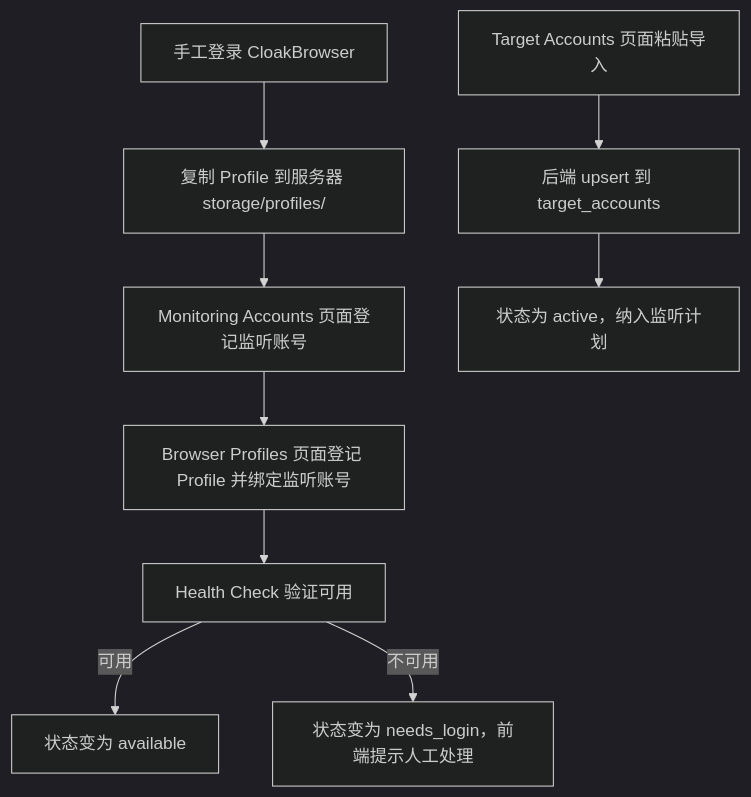
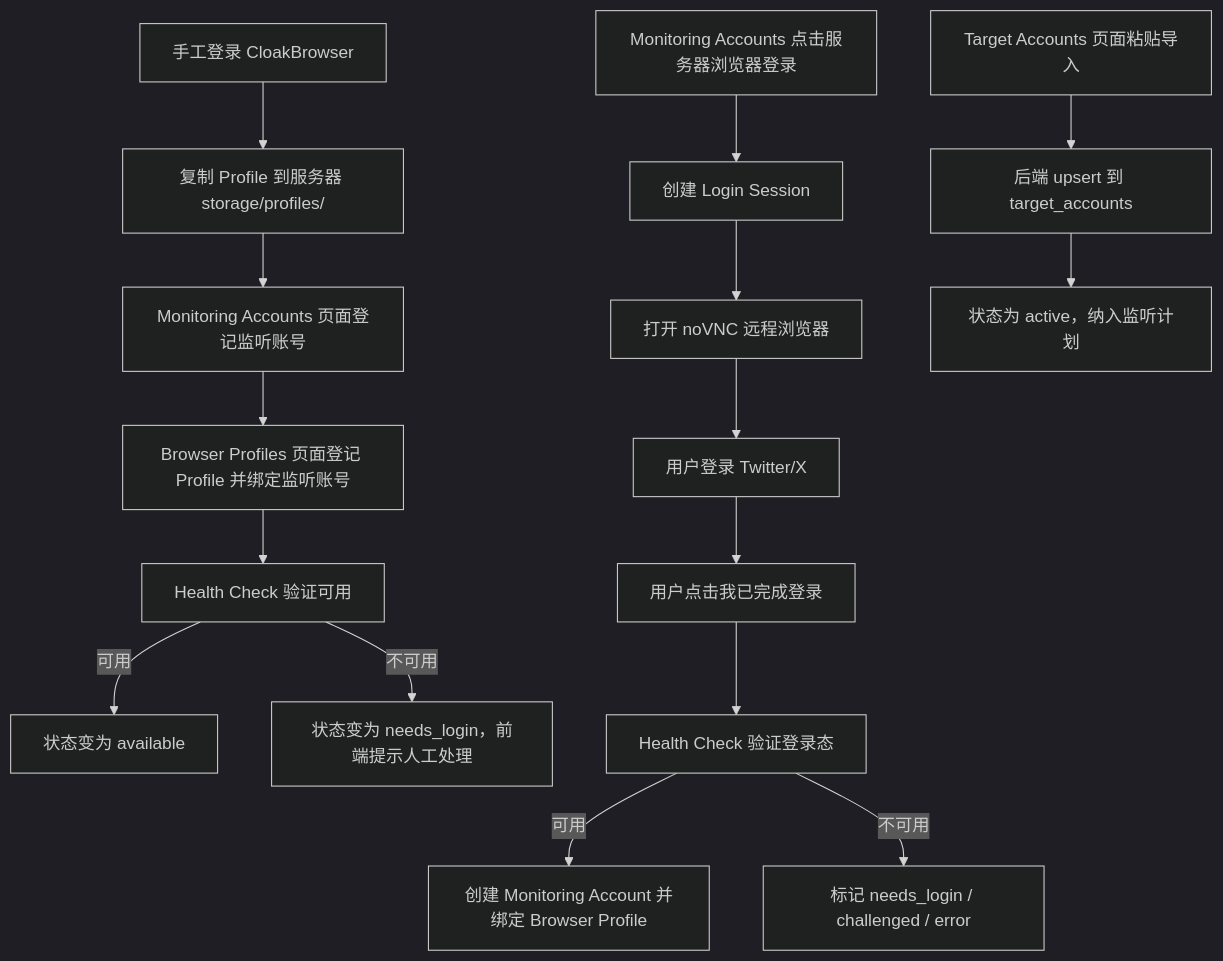
The third of 5 diagrams in docs/architecture.md (Guranta/ganksnews), drawn with Mermaid (dark theme) before and after one commit. The commit also changed other lines of this file and 4 other files, not shown here.

Commit message:
docs: add novnc login session plan

````diff
--- a/docs/architecture.md
+++ b/docs/architecture.md
@@ -90,12 +104,20 @@
 ```mermaid
 flowchart TD
     Manual[手工登录 CloakBrowser] --> Copy[复制 Profile 到服务器 storage/profiles/]
     Copy --> Register[Monitoring Accounts 页面登记监听账号]
     Register --> Bind[Browser Profiles 页面登记 Profile 并绑定监听账号]
     Bind --> HealthCheck[Health Check 验证可用]
     HealthCheck -->|可用| Available[状态变为 available]
     HealthCheck -->|不可用| NeedsLogin[状态变为 needs_login，前端提示人工处理]
 
+    WebLogin[Monitoring Accounts 点击服务器浏览器登录] --> CreateSession[创建 Login Session]
+    CreateSession --> RemoteBrowser[打开 noVNC 远程浏览器]
+    RemoteBrowser --> LoginX[用户登录 Twitter/X]
+    LoginX --> Complete[用户点击我已完成登录]
+    Complete --> LoginHealth[Health Check 验证登录态]
+    LoginHealth -->|可用| CreateProfile[创建 Monitoring Account 并绑定 Browser Profile]
+    LoginHealth -->|不可用| LoginIssue[标记 needs_login / challenged / error]
+
     Import[Target Accounts 页面粘贴导入] --> Upsert[后端 upsert 到 target_accounts]
     Upsert --> Active[状态为 active，纳入监听计划]
 ```
````
